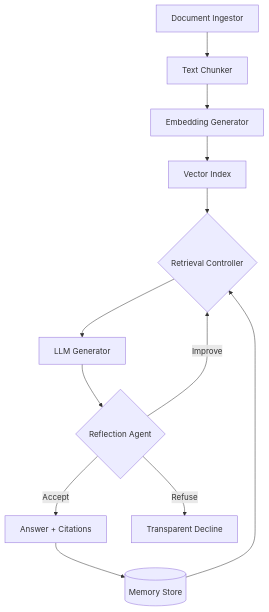
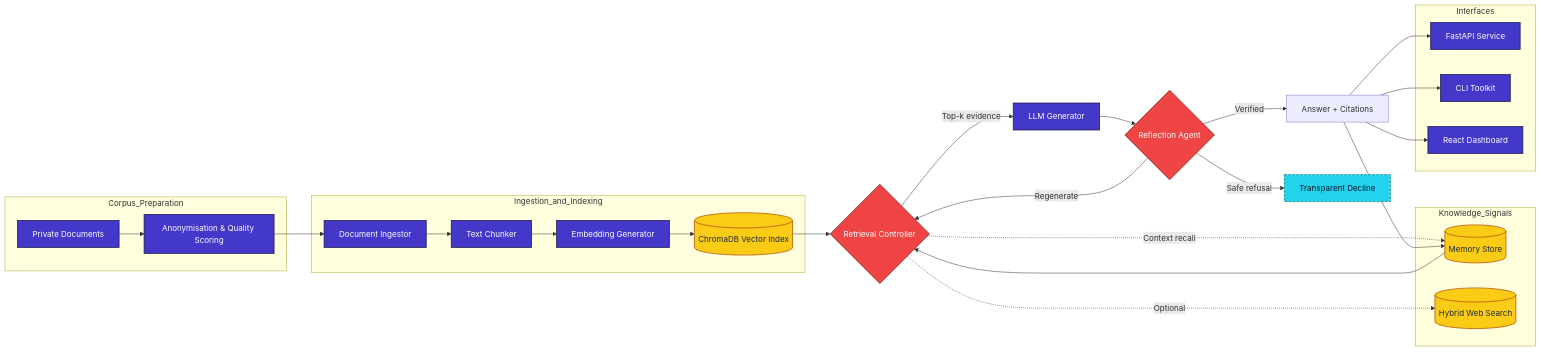
The diagram in README.md (Akshar-Guha/Chat_Bot), drawn with Mermaid before and after one commit. The commit also changed other lines of this file, not shown here.

````diff
--- a/README.md
+++ b/README.md
@@ -47,15 +58,53 @@
 ```mermaid
-flowchart TD
-    A[Document Ingestor] --> B[Text Chunker]
-    B --> C[Embedding Generator]
-    C --> D[Vector Index]
-    D --> E{Retrieval Controller}
-    E --> F[LLM Generator]
-    F --> G{Reflection Agent}
-    G -->|Accept| H[Answer + Citations]
-    G -->|Improve| E
-    G -->|Refuse| I[Transparent Decline]
-    H --> J[(Memory Store)]
-    J --> E
+flowchart LR
+    subgraph Corpus_Preparation
+        A[Private Documents]
+        B[Anonymisation & Quality Scoring]
+    end
 
+    subgraph Ingestion_and_Indexing
+        C[Document Ingestor]
+        D[Text Chunker]
+        E[Embedding Generator]
+        F[(ChromaDB Vector Index)]
+    end
+
+    subgraph Knowledge_Signals
+        M[(Memory Store)]
+        W[(Hybrid Web Search)]
+    end
+
+    subgraph Interfaces
+        API[FastAPI Service]
+        CLI[CLI Toolkit]
+        UI[React Dashboard]
+    end
+
+    A --> B --> C --> D --> E --> F
+    F --> RC{Retrieval Controller}
+    RC -->|Top-k evidence| G[LLM Generator]
+    RC -.->|Context recall| M
+    RC -.->|Optional| W
+    M --> RC
+
+    G --> R{Reflection Agent}
+    R -->|Verified| H[Answer + Citations]
+    R -->|Regenerate| RC
+    R -->|Safe refusal| X[Transparent Decline]
+
+    H --> M
+    H --> API
+    H --> CLI
+    H --> UI
+
+    classDef process fill:#4338ca,stroke:#1e1b4b,color:#fff,stroke-width:1.5px;
+    classDef datastore fill:#facc15,stroke:#b45309,color:#1f2937,stroke-width:1.5px;
+    classDef decision fill:#ef4444,stroke:#7f1d1d,color:#fff,stroke-width:1.5px;
+    classDef optional fill:#22d3ee,stroke:#0f766e,color:#0f172a,stroke-width:1.5px,stroke-dasharray:5 3;
+    classDef interface fill:#10b981,stroke:#064e3b,color:#022c22,stroke-width:1.5px;
+
+    class A,B,C,D,E,G,API,CLI,UI process;
+    class F,M,W datastore;
+    class RC,R decision;
+    class X optional;
 ```
````
